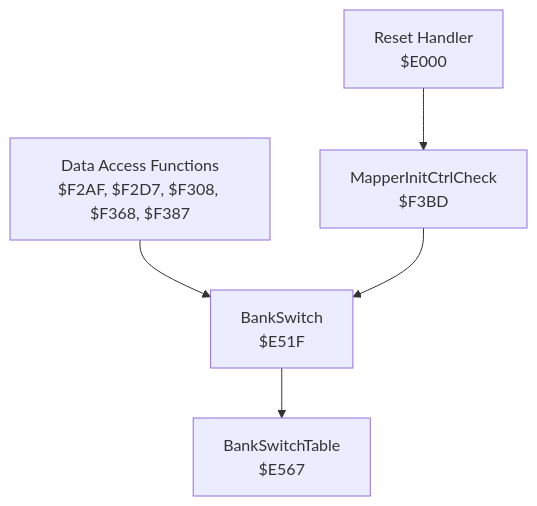
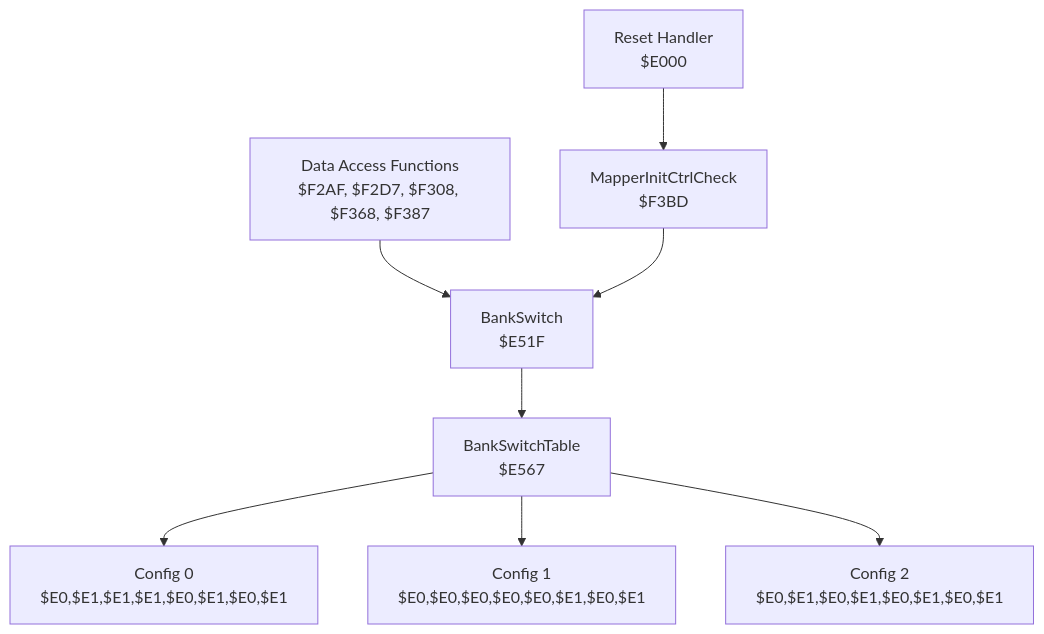
The eighth of 8 diagrams in .qoder/repowiki/en/content/Data Access and Memory Management/Bank Switching for Data Access.md (rabbyzero/sango2dasm), drawn with Mermaid before and after one commit. The commit also changed other lines of this file and 9 other files, not shown here.

````diff
--- a/.qoder/repowiki/en/content/Data Access and Memory Management/Bank Switching for Data Access.md
+++ b/.qoder/repowiki/en/content/Data Access and Memory Management/Bank Switching for Data Access.md
@@ -251,7 +305,10 @@
 ```mermaid
 graph TB
 BankSwitch["BankSwitch<br/>$E51F"] --> Table["BankSwitchTable<br/>$E567"]
+Table --> Config0["Config 0<br/>$E0,$E1,$E1,$E1,$E0,$E1,$E0,$E1"]
+Table --> Config1["Config 1<br/>$E0,$E0,$E0,$E0,$E0,$E1,$E0,$E1"]
+Table --> Config2["Config 2<br/>$E0,$E1,$E0,$E1,$E0,$E1,$E0,$E1"]
 DataFuncs["Data Access Functions<br/>$F2AF, $F2D7, $F308, $F368, $F387"] --> BankSwitch
 Reset["Reset Handler<br/>$E000"] --> MapperInit["MapperInitCtrlCheck<br/>$F3BD"]
 MapperInit --> BankSwitch
 ```
````
